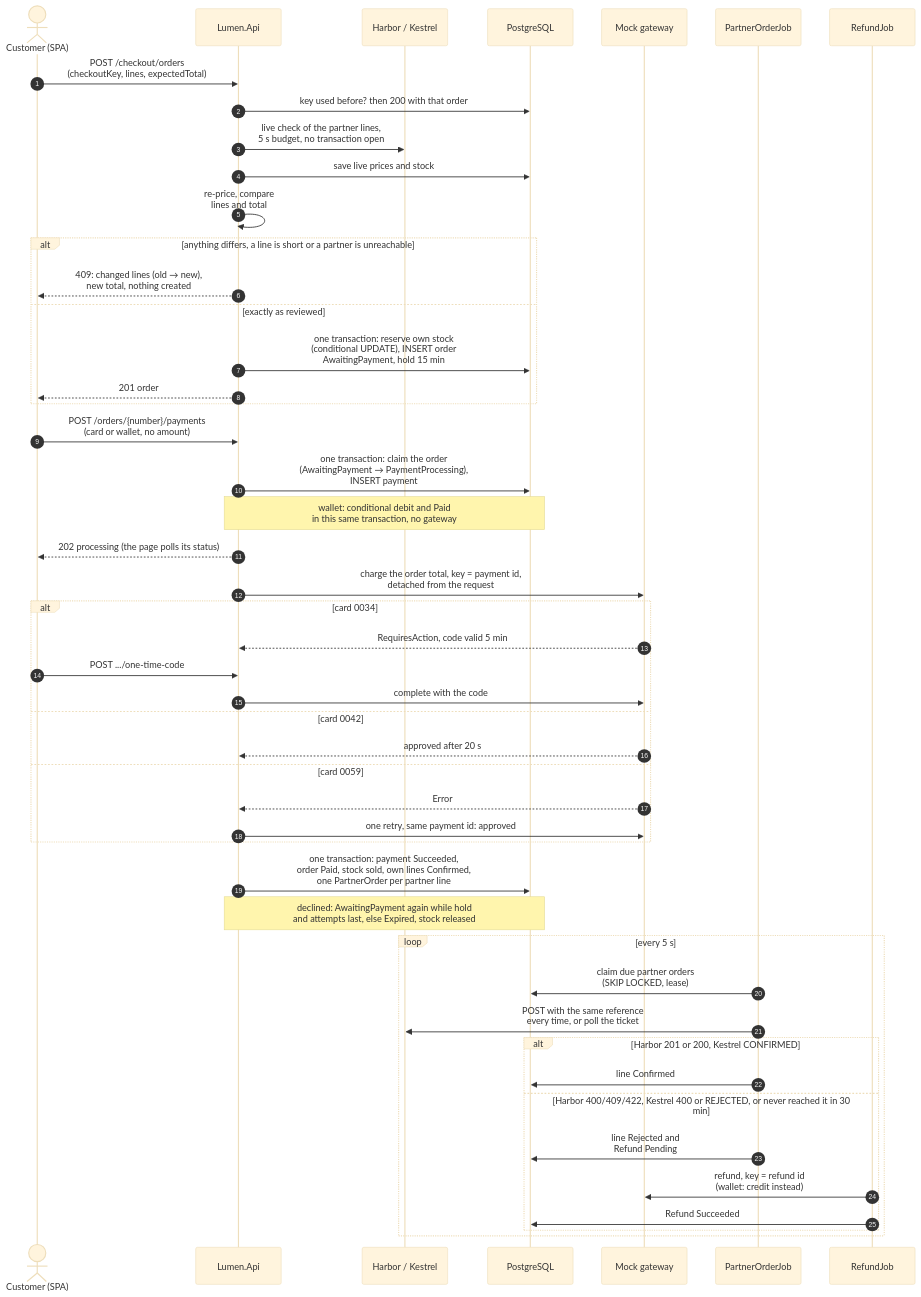
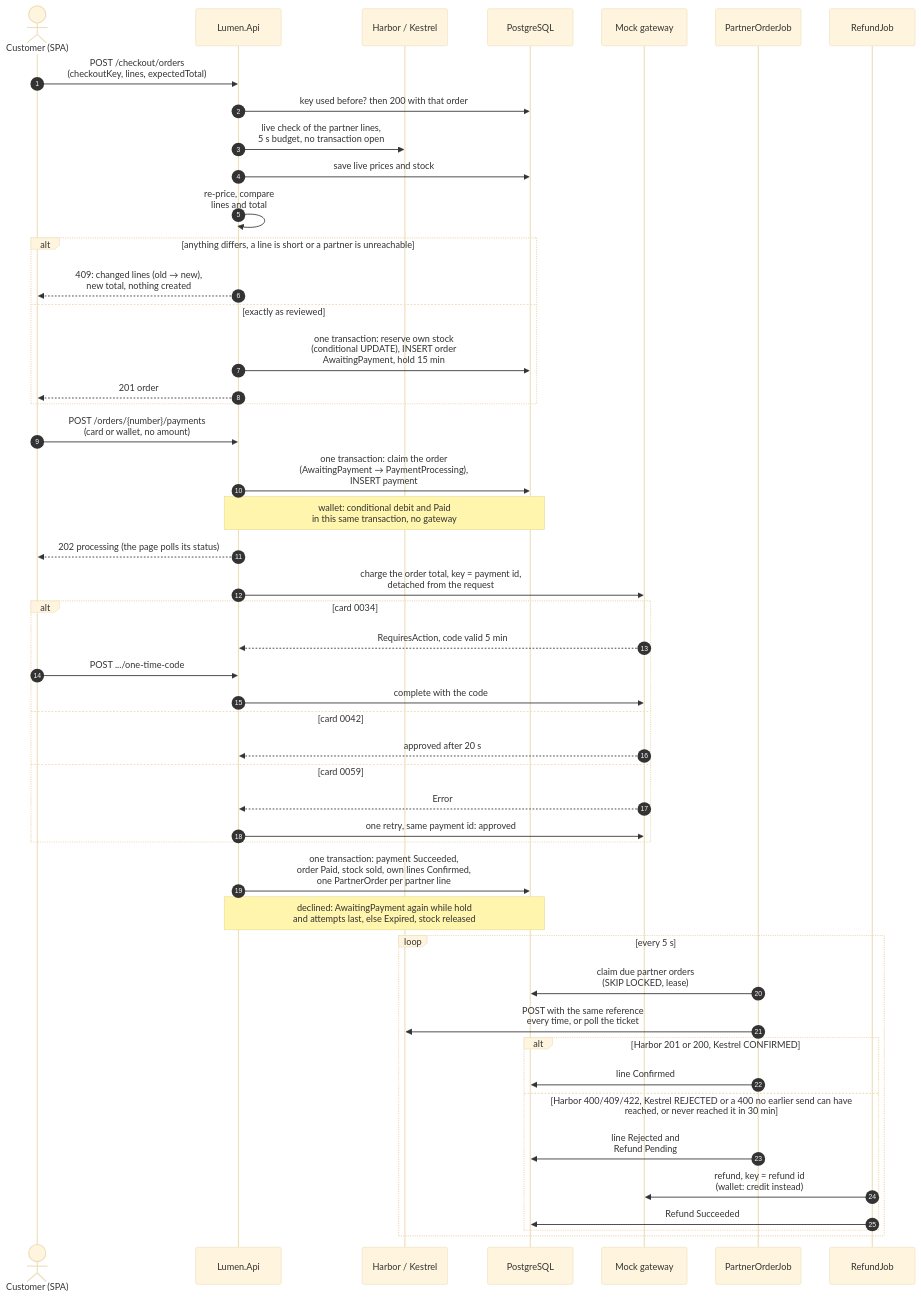
Before and after one commit to popiazaza/lumen-goods: the third of 4 diagrams in DESIGN.md, drawn with Mermaid (base theme). The commit also changed other lines of this file and 6 other files, not shown here.

````diff
--- a/DESIGN.md
+++ b/DESIGN.md
@@ -124,50 +124,50 @@
 ```mermaid
 sequenceDiagram
     autonumber
     actor C as Customer (SPA)
     participant API as Lumen.Api
     participant P as Harbor / Kestrel
     participant DB as PostgreSQL
     participant G as Mock gateway
     participant OJ as PartnerOrderJob
     participant RJ as RefundJob
     C->>API: POST /checkout/orders<br/>(checkoutKey, lines, expectedTotal)
     API->>DB: key used before? then 200 with that order
     API->>P: live check of the partner lines,<br/>5 s budget, no transaction open
     API->>DB: save live prices and stock
     API->>API: re-price, compare<br/>lines and total
     alt anything differs, a line is short or a partner is unreachable
         API-->>C: 409: changed lines (old → new),<br/>new total, nothing created
     else exactly as reviewed
         API->>DB: one transaction: reserve own stock<br/>(conditional UPDATE), INSERT order<br/>AwaitingPayment, hold 15 min
         API-->>C: 201 order
     end
     C->>API: POST /orders/{number}/payments<br/>(card or wallet, no amount)
     API->>DB: one transaction: claim the order<br/>(AwaitingPayment → PaymentProcessing),<br/>INSERT payment
     Note over API,DB: wallet: conditional debit and Paid<br/>in this same transaction, no gateway
     API-->>C: 202 processing (the page polls its status)
     API->>G: charge the order total, key = payment id,<br/>detached from the request
     alt card 0034
         G-->>API: RequiresAction, code valid 5 min
         C->>API: POST .../one-time-code
         API->>G: complete with the code
     else card 0042
         G-->>API: approved after 20 s
     else card 0059
         G-->>API: Error
         API->>G: one retry, same payment id: approved
     end
     API->>DB: one transaction: payment Succeeded,<br/>order Paid, stock sold, own lines Confirmed,<br/>one PartnerOrder per partner line
     Note over API,DB: declined: AwaitingPayment again while hold<br/>and attempts last, else Expired, stock released
     loop every 5 s
         OJ->>DB: claim due partner orders<br/>(SKIP LOCKED, lease)
         OJ->>P: POST with the same reference<br/>every time, or poll the ticket
         alt Harbor 201 or 200, Kestrel CONFIRMED
             OJ->>DB: line Confirmed
-        else Harbor 400/409/422, Kestrel 400 or REJECTED, or never reached it in 30 min
+        else Harbor 400/409/422, Kestrel REJECTED or a 400 no earlier send can have reached, or never reached it in 30 min
             OJ->>DB: line Rejected and<br/>Refund Pending
             RJ->>G: refund, key = refund id<br/>(wallet: credit instead)
             RJ->>DB: Refund Succeeded
         end
     end
 ```
````
